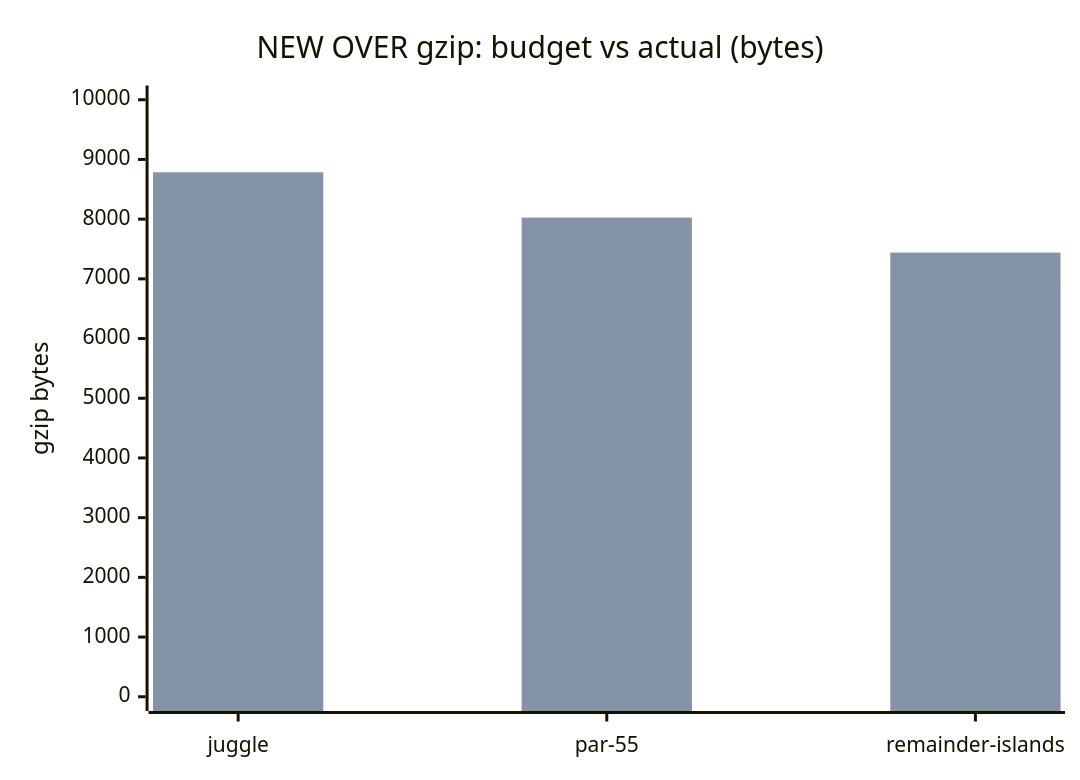
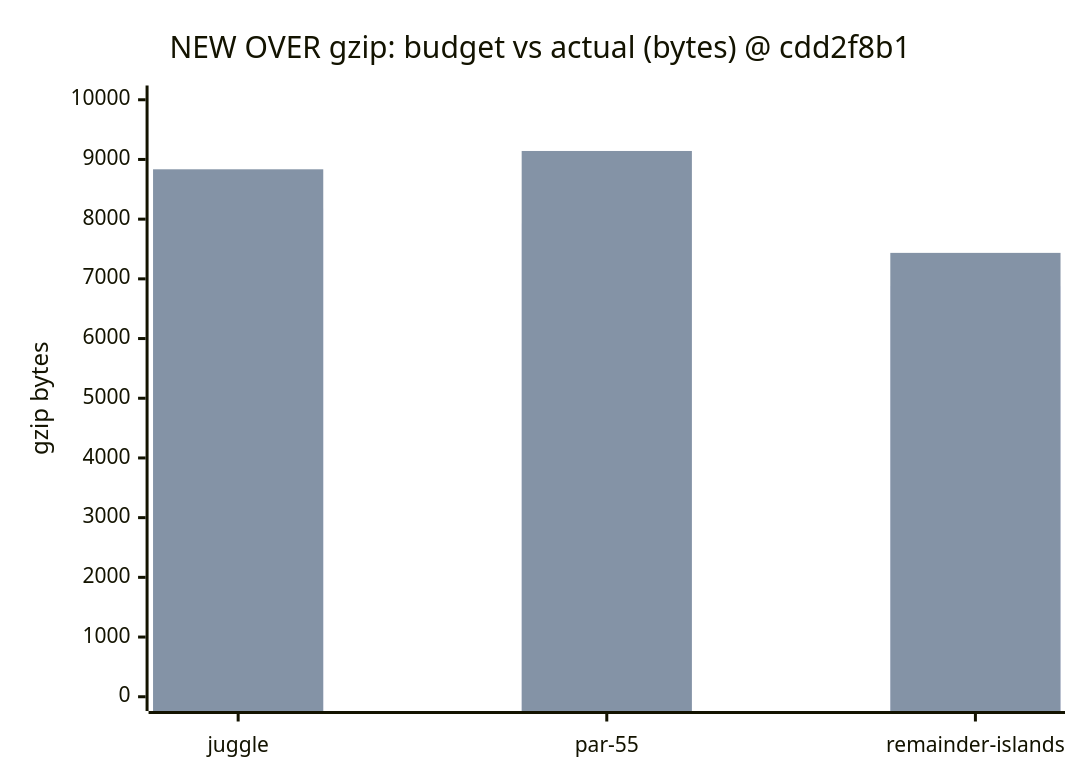
One commit to fuzzywigg/math-pentathlon changed the first of 3 diagrams in docs/dev/bundle-over-2026-10-09.md. Above: the diagram before and after it, drawn with Mermaid. The commit also changed other lines of this file, not shown here.

````diff
--- a/docs/dev/bundle-over-2026-10-09.md
+++ b/docs/dev/bundle-over-2026-10-09.md
@@ -65,8 +84,8 @@
 ```mermaid
 xychart-beta
-    title "NEW OVER gzip: budget vs actual (bytes)"
+    title "NEW OVER gzip: budget vs actual (bytes) @ cdd2f8b1"
     x-axis ["juggle", "par-55", "remainder-islands"]
     y-axis "gzip bytes" 0 --> 10000
     bar [8181, 7929, 6878]
-    bar [8785, 8026, 7440]
+    bar [8835, 9142, 7435]
 ```
````
